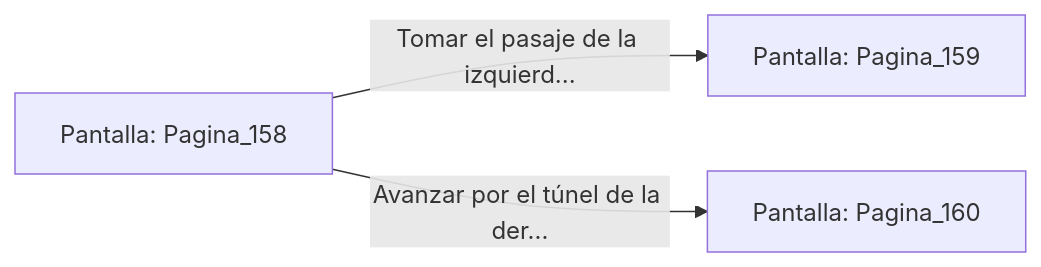
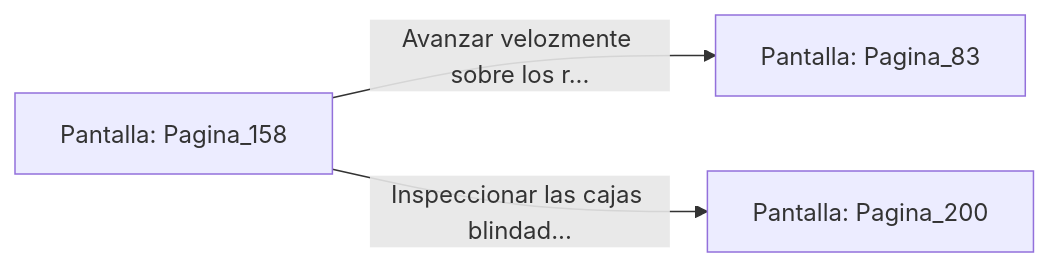
Before and after one commit to metsuke/mpl: the diagram in sample/eligejuego-vault/Pantalla_Pagina_158.md, drawn with Mermaid. The commit also changed other lines of this file and 635 other files, not shown here.

First line of the commit message:
fix: añadir Pagina_1 como pantalla inicial en capitulo_01.mpl

````diff
--- a/sample/eligejuego-vault/Pantalla_Pagina_158.md
+++ b/sample/eligejuego-vault/Pantalla_Pagina_158.md
@@ -20,6 +22,6 @@
 ```mermaid
 graph LR
     P_Pagina_158["Pantalla: Pagina_158"]
-    P_Pagina_158 -->|"Tomar el pasaje de la izquierd..."| P_Pagina_159["Pantalla: Pagina_159"]
-    P_Pagina_158 -->|"Avanzar por el túnel de la der..."| P_Pagina_160["Pantalla: Pagina_160"]
+    P_Pagina_158 -->|"Avanzar velozmente sobre los r..."| P_Pagina_83["Pantalla: Pagina_83"]
+    P_Pagina_158 -->|"Inspeccionar las cajas blindad..."| P_Pagina_200["Pantalla: Pagina_200"]
 ```
````
